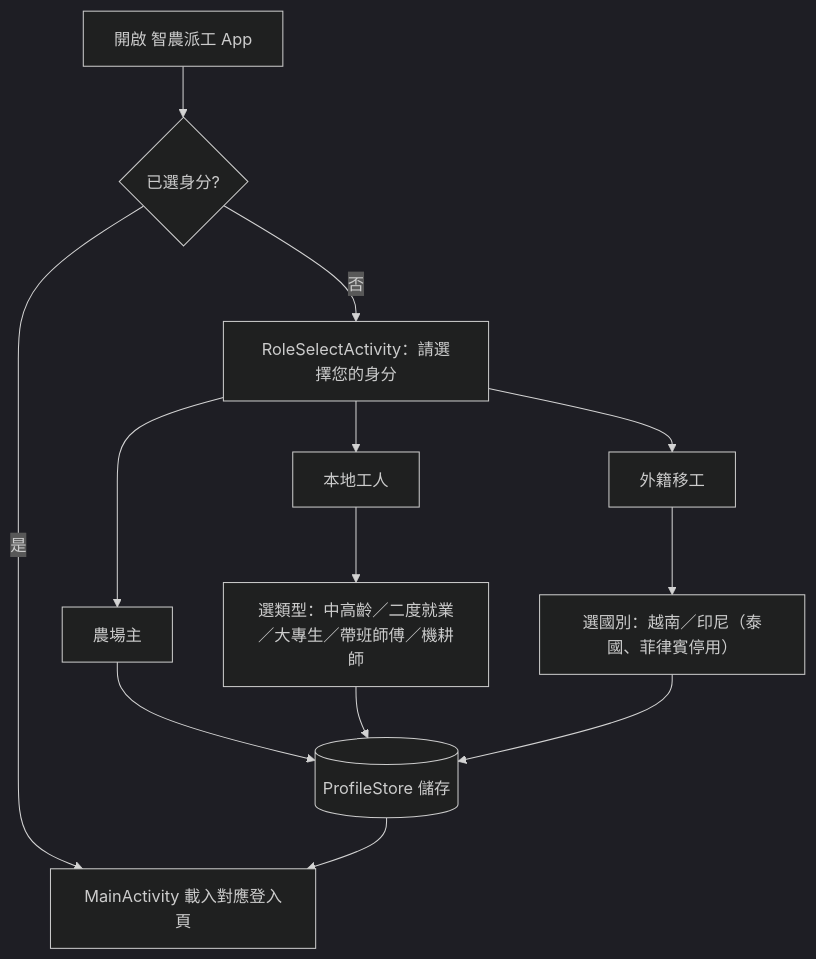
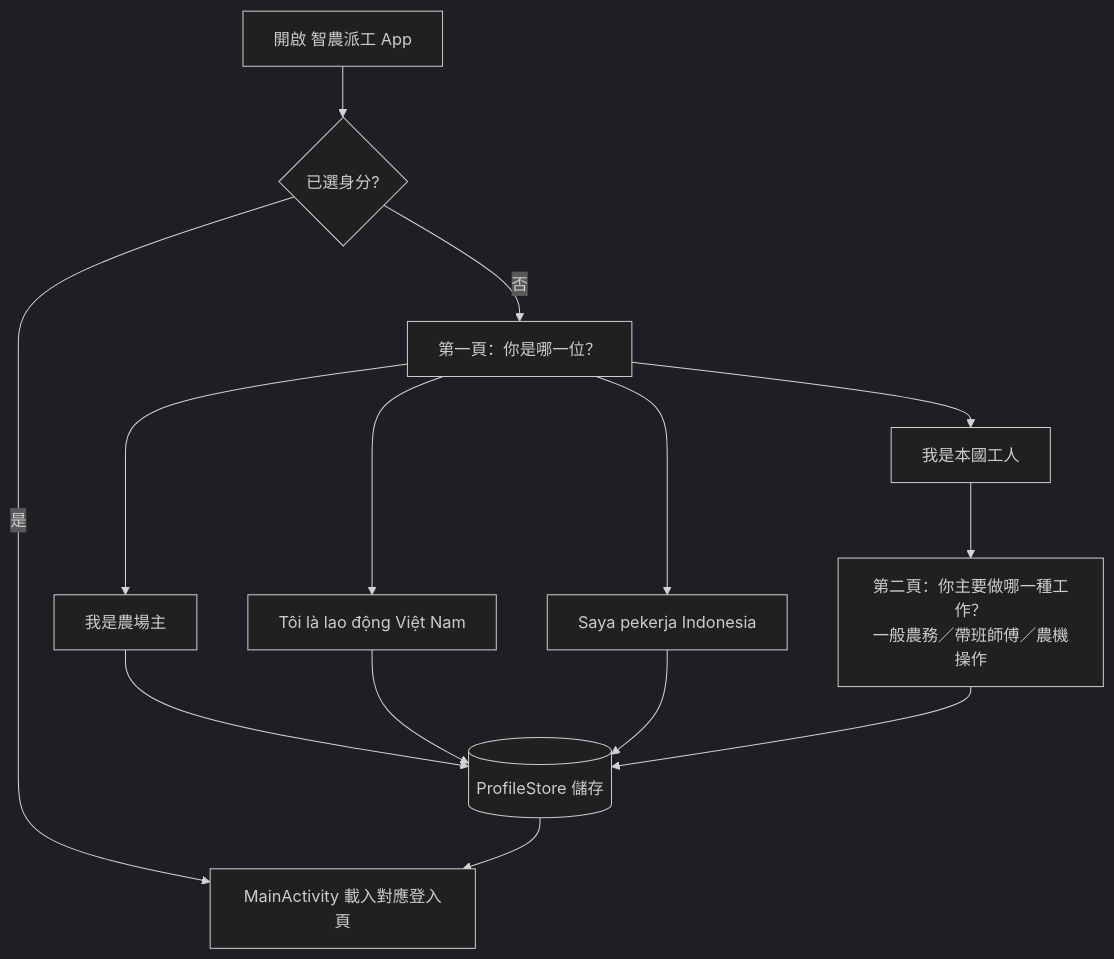
One commit to xx8888x/agridispatch changed the diagram in 文件/07_系統分析及文件/06_Android雙端App規格書.md. Above: the diagram before and after it, drawn with Mermaid (dark theme). The commit also changed other lines of this file and 23 other files, not shown here.

````diff
--- a/文件/07_系統分析及文件/06_Android雙端App規格書.md
+++ b/文件/07_系統分析及文件/06_Android雙端App規格書.md
@@ -122,10 +131,11 @@
 ```mermaid
 flowchart TD
     A[開啟 智農派工 App] --> B{已選身分?}
     B -- 是 --> M[MainActivity 載入對應登入頁]
-    B -- 否 --> R[RoleSelectActivity：請選擇您的身分]
-    R --> F[農場主] --> S[(ProfileStore 儲存)]
-    R --> L[本地工人] --> LT[選類型：中高齡／二度就業／大專生／帶班師傅／機耕師] --> S
-    R --> W[外籍移工] --> N[選國別：越南／印尼（泰國、菲律賓停用）] --> S
+    B -- 否 --> R["第一頁：你是哪一位？"]
+    R --> F[我是農場主] --> S[(ProfileStore 儲存)]
+    R --> VN["Tôi là lao động Việt Nam"] --> S
+    R --> ID["Saya pekerja Indonesia"] --> S
+    R --> L[我是本國工人] --> T["第二頁：你主要做哪一種工作？<br/>一般農務／帶班師傅／農機操作"] --> S
     S --> M
 ```
````
